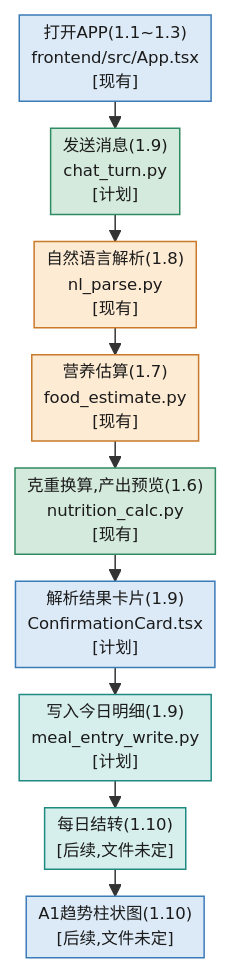
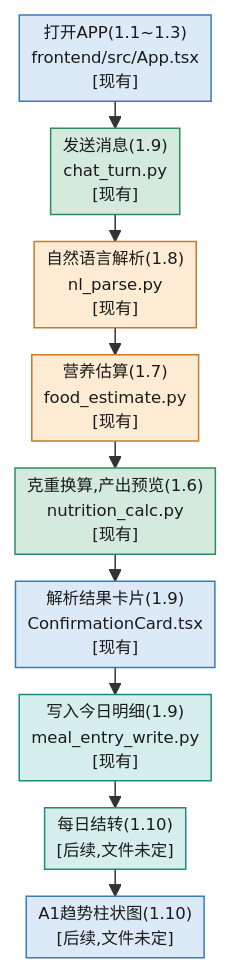
One commit to Yoki-SyZhang/diet-app changed the first of 4 diagrams in tasks/flow_charts/00_demo_overview.md. Above: the diagram before and after it, drawn with Mermaid. The commit also changed 4 other files, not shown here.

First line of the commit message:
1.9 收尾:STATUS 勾完成,flow_charts 映射改[现有]并补新增环节

````diff
--- a/tasks/flow_charts/00_demo_overview.md
+++ b/tasks/flow_charts/00_demo_overview.md
@@ -17,22 +17,22 @@
 ```mermaid
 %%{init: {'themeVariables': {'fontSize': '11px'}, 'flowchart': {'nodeSpacing': 15, 'rankSpacing': 18, 'padding': 4}}}%%
 flowchart TD
     A["打开APP(1.1~1.3)<br/>frontend/src/App.tsx<br/>[现有]"] --> B
-    B["发送消息(1.9)<br/>chat_turn.py<br/>[计划]"] --> C
+    B["发送消息(1.9)<br/>chat_turn.py<br/>[现有]"] --> C
     C["自然语言解析(1.8)<br/>nl_parse.py<br/>[现有]"] --> D
     D["营养估算(1.7)<br/>food_estimate.py<br/>[现有]"] --> E
     E["克重换算,产出预览(1.6)<br/>nutrition_calc.py<br/>[现有]"] --> F
-    F["解析结果卡片(1.9)<br/>ConfirmationCard.tsx<br/>[计划]"] --> G
-    G["写入今日明细(1.9)<br/>meal_entry_write.py<br/>[计划]"] --> H
+    F["解析结果卡片(1.9)<br/>ConfirmationCard.tsx<br/>[现有]"] --> G
+    G["写入今日明细(1.9)<br/>meal_entry_write.py<br/>[现有]"] --> H
     H["每日结转(1.10)<br/>[后续,文件未定]"] --> I
     I["A1趋势柱状图(1.10)<br/>[后续,文件未定]"]
 
     classDef frontend fill:#DCEAF7,stroke:#3B7BB8,color:#1b1b1b;
     classDef service fill:#D4EADC,stroke:#2E8B62,color:#1b1b1b;
     classDef llm fill:#FDEBD3,stroke:#C97A2B,color:#1b1b1b;
     classDef db fill:#D6EFEC,stroke:#1F8A82,color:#1b1b1b;
     class A,F,I frontend;
     class B,E service;
     class C,D llm;
     class G,H db;
 ```
````
